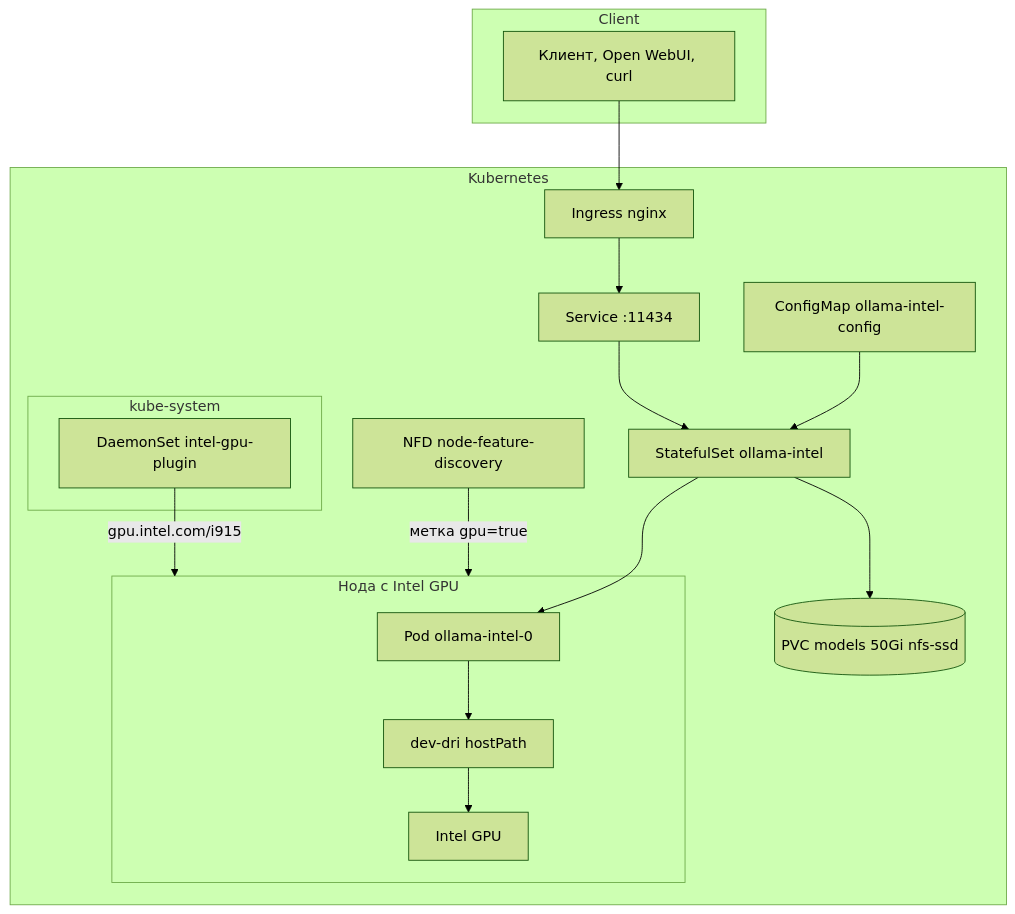
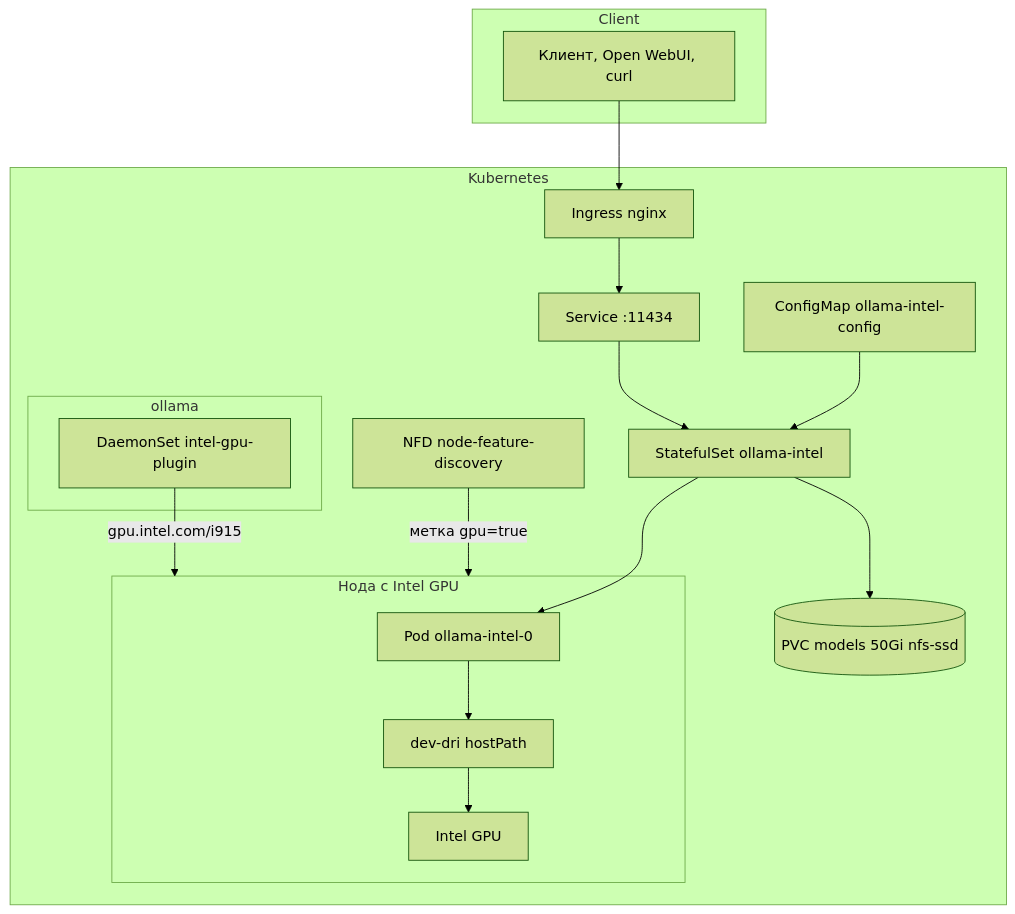
One commit to vutratenko/ollama-intel-k8s changed the diagram in README.md. Above: the diagram before and after it, drawn with Mermaid (forest theme). The commit also changed other lines of this file and 7 other files, not shown here.

````diff
--- a/README.md
+++ b/README.md
@@ -31,33 +31,33 @@
 ```mermaid
 flowchart TB
     subgraph client ["Client"]
         U["Клиент, Open WebUI, curl"]
     end
 
     subgraph k8s ["Kubernetes"]
         ING["Ingress nginx"]
         SVC["Service :11434"]
         STS["StatefulSet ollama-intel"]
         PVC[("PVC models 50Gi nfs-ssd")]
         CM["ConfigMap ollama-intel-config"]
 
         subgraph gpu_node ["Нода с Intel GPU"]
             POD["Pod ollama-intel-0"]
             DRI["dev-dri hostPath"]
             GPU["Intel GPU"]
         end
 
-        subgraph kube_system ["kube-system"]
+        subgraph ollama_ns ["ollama"]
             PLUGIN["DaemonSet intel-gpu-plugin"]
         end
 
         NFD["NFD node-feature-discovery"]
     end
 
     U --> ING --> SVC --> STS --> POD
     STS --> PVC
     CM --> STS
     NFD -->|"метка gpu=true"| gpu_node
     PLUGIN -->|"gpu.intel.com/i915"| gpu_node
     POD --> DRI --> GPU
 ```
````
